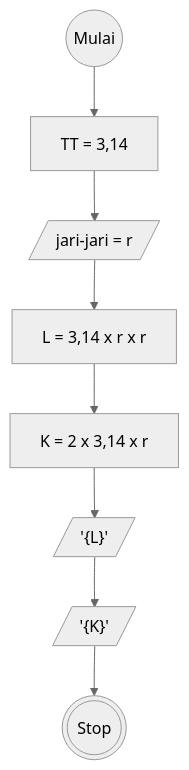
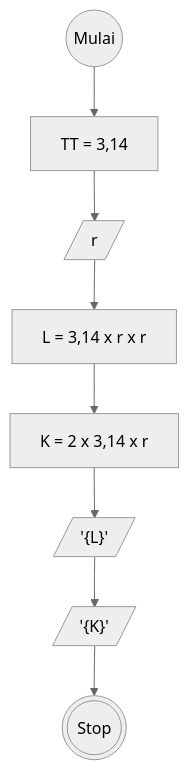
Before and after one commit to MuhamadRafliShidiq/koda-b8-algoritma: the diagram in luas-dan-keliling.md, drawn with Mermaid (neutral theme).

````diff
--- a/luas-dan-keliling.md
+++ b/luas-dan-keliling.md
@@ -21,22 +21,22 @@
 ```mermaid
 
     flowchart TD
 
     a@{ shape: circle, label: "Mulai" }
     b@{ shape: rect, label: "TT = 3,14" }
-    c@{ shape: lean-r, label: " jari-jari = r" }
+    c@{ shape: lean-r, label: " r" }
     d@{ shape: rect, label: "L = 3,14 x r x r " }
     e@{ shape: rect, label: "K = 2 x 3,14 x r " }
     f@{ shape: lean-r, label: "'{L}'" }
     g@{ shape: lean-r, label: "'{K}'" }
     h@{ shape: dbl-circ, label: "Stop" }
 
     a --> b
     b --> c
     c --> d
     d --> e
     e --> f
     f --> g
     g --> h
 
 ```
````
